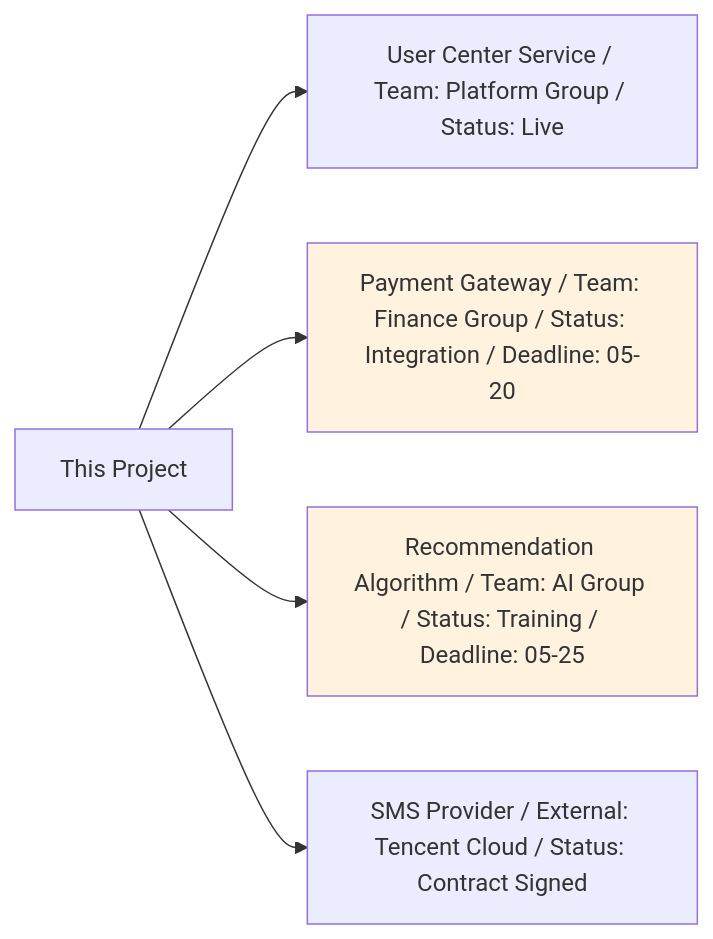
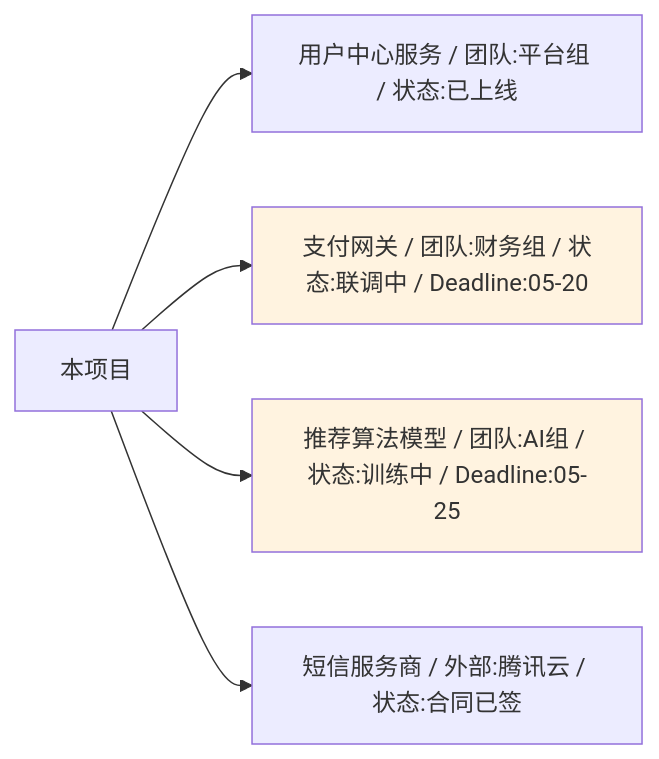
Diagram 12 of 12 in templates/Product/Product/Template-PRD.md (Kirky-X/cangjie), drawn with Mermaid before and after one commit. The commit also changed other lines of this file and 33 other files, not shown here.

````diff
--- a/templates/Product/Product/Template-PRD.md
+++ b/templates/Product/Product/Template-PRD.md
@@ -631,10 +631,10 @@
 ```mermaid
 graph LR
-    A[This Project] --> B[User Center Service / Team: Platform Group / Status: Live]
-    A --> C[Payment Gateway / Team: Finance Group / Status: Integration / Deadline: 05-20]
-    A --> D[Recommendation Algorithm / Team: AI Group / Status: Training / Deadline: 05-25]
-    A --> E[SMS Provider / External: Tencent Cloud / Status: Contract Signed]
+    A[本项目] --> B[用户中心服务 / 团队:平台组 / 状态:已上线]
+    A --> C[支付网关 / 团队:财务组 / 状态:联调中 / Deadline:05-20]
+    A --> D[推荐算法模型 / 团队:AI组 / 状态:训练中 / Deadline:05-25]
+    A --> E[短信服务商 / 外部:腾讯云 / 状态:合同已签]
 
     style C fill:#fff3e0
     style D fill:#fff3e0
 ```
````
